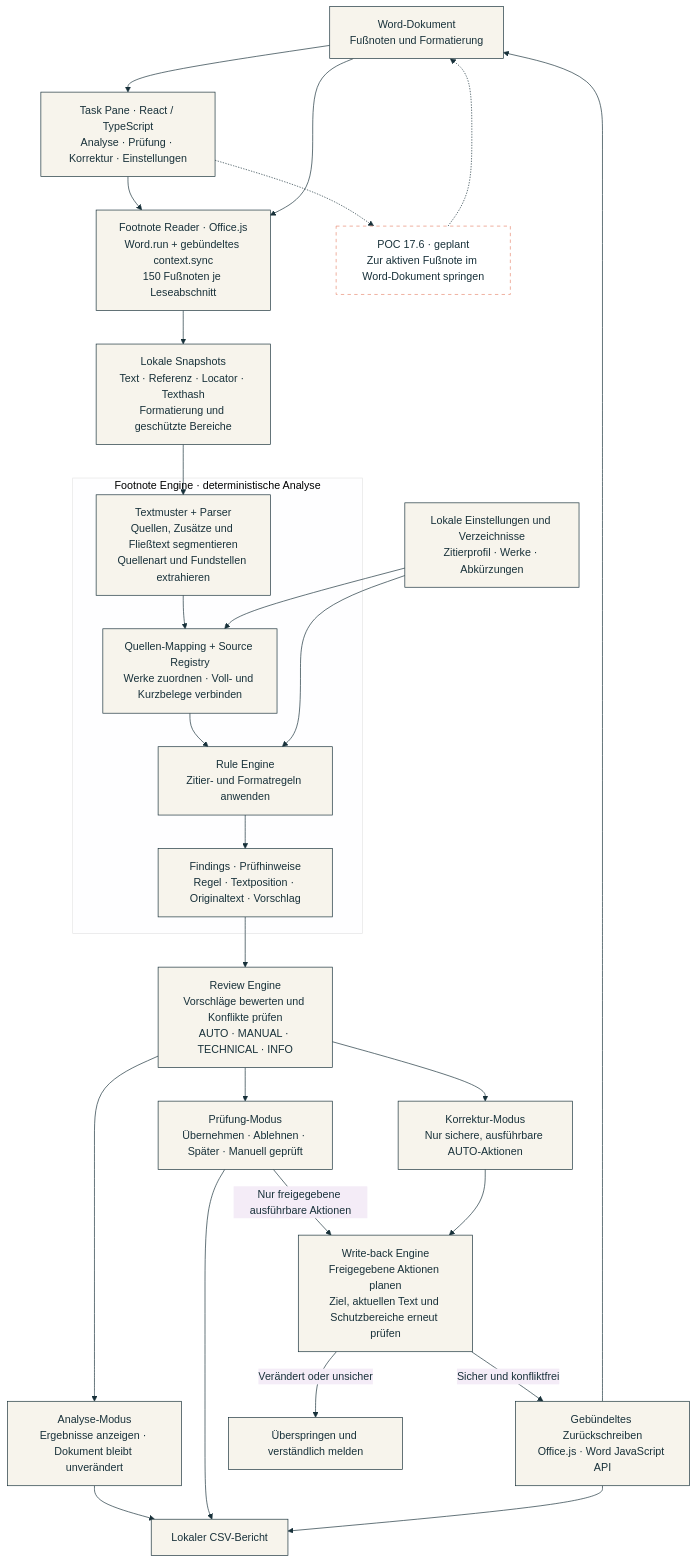
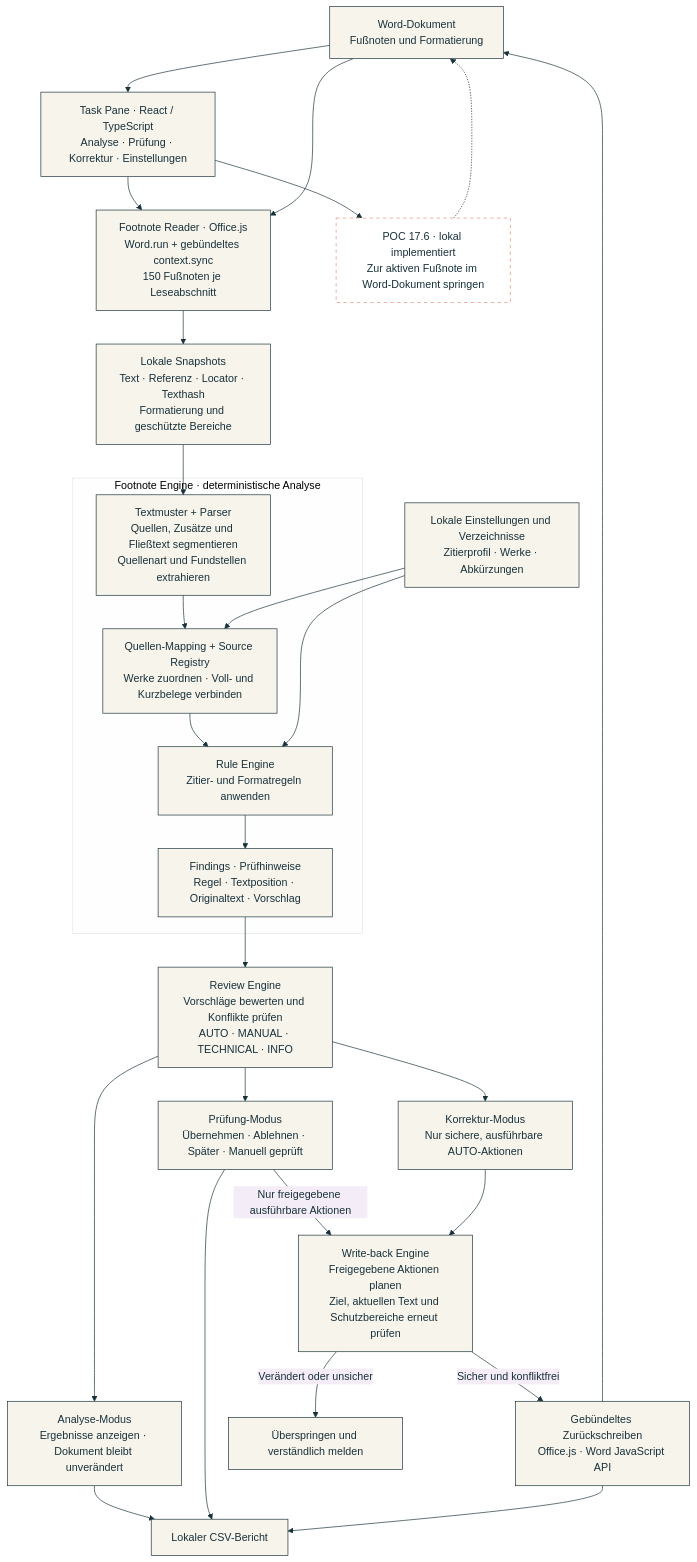
The first of 4 diagrams in README.md (AfsharLT/footnote-checker), drawn with Mermaid before and after one commit. The commit also changed other lines of this file and 27 other files, not shown here.

Commit message:
POC 17.6: Add safe Word footnote navigation

````diff
--- a/README.md
+++ b/README.md
@@ -72,42 +74,42 @@
 ```mermaid
 %%{init: {'theme': 'base', 'themeVariables': {'primaryColor': '#F7F4EC', 'primaryTextColor': '#18313A', 'primaryBorderColor': '#18313A', 'lineColor': '#18313A'}}}%%
 flowchart TD
     Word["Word-Dokument<br/>Fußnoten und Formatierung"]
     UI["Task Pane · React / TypeScript<br/>Analyse · Prüfung · Korrektur · Einstellungen"]
     Reader["Footnote Reader · Office.js<br/>Word.run + gebündeltes context.sync<br/>150 Fußnoten je Leseabschnitt"]
     Snapshot["Lokale Snapshots<br/>Text · Referenz · Locator · Texthash<br/>Formatierung und geschützte Bereiche"]
     Word --> UI --> Reader
     Word --> Reader --> Snapshot
 
     subgraph Engine["Footnote Engine · deterministische Analyse"]
         Parse["Textmuster + Parser<br/>Quellen, Zusätze und Fließtext segmentieren<br/>Quellenart und Fundstellen extrahieren"]
         Mapping["Quellen-Mapping + Source Registry<br/>Werke zuordnen · Voll- und Kurzbelege verbinden"]
         Rules["Rule Engine<br/>Zitier- und Formatregeln anwenden"]
         Findings["Findings · Prüfhinweise<br/>Regel · Textposition · Originaltext · Vorschlag"]
         Parse --> Mapping --> Rules --> Findings
     end
     Snapshot --> Parse
     Local["Lokale Einstellungen und Verzeichnisse<br/>Zitierprofil · Werke · Abkürzungen"] --> Mapping
     Local --> Rules
     Review["Review Engine<br/>Vorschläge bewerten und Konflikte prüfen<br/>AUTO · MANUAL · TECHNICAL · INFO"]
     Findings --> Review
     Results["Analyse-Modus<br/>Ergebnisse anzeigen · Dokument bleibt unverändert"]
     Manual["Prüfung-Modus<br/>Übernehmen · Ablehnen · Später · Manuell geprüft"]
     Auto["Korrektur-Modus<br/>Nur sichere, ausführbare AUTO-Aktionen"]
     Review --> Results
     Review --> Manual
     Review --> Auto
     Plan["Write-back Engine<br/>Freigegebene Aktionen planen<br/>Ziel, aktuellen Text und Schutzbereiche erneut prüfen"]
     Manual -->|"Nur freigegebene ausführbare Aktionen"| Plan
     Auto --> Plan
     Write["Gebündeltes Zurückschreiben<br/>Office.js · Word JavaScript API"]
     Plan -->|"Sicher und konfliktfrei"| Write --> Word
     Plan -->|"Verändert oder unsicher"| Notice["Überspringen und verständlich melden"]
     Results --> Report["Lokaler CSV-Bericht"]
     Manual --> Report
     Write --> Report
-    UI -.-> Navigation["POC 17.6 · geplant<br/>Zur aktiven Fußnote im Word-Dokument springen"]
+    UI --> Navigation["POC 17.6 · lokal implementiert<br/>Zur aktiven Fußnote im Word-Dokument springen"]
     Navigation -.-> Word
     classDef future fill:#ffffff,stroke:#E88B72,stroke-dasharray:5 5,color:#18313A;
     class Navigation future;
 ```
````
